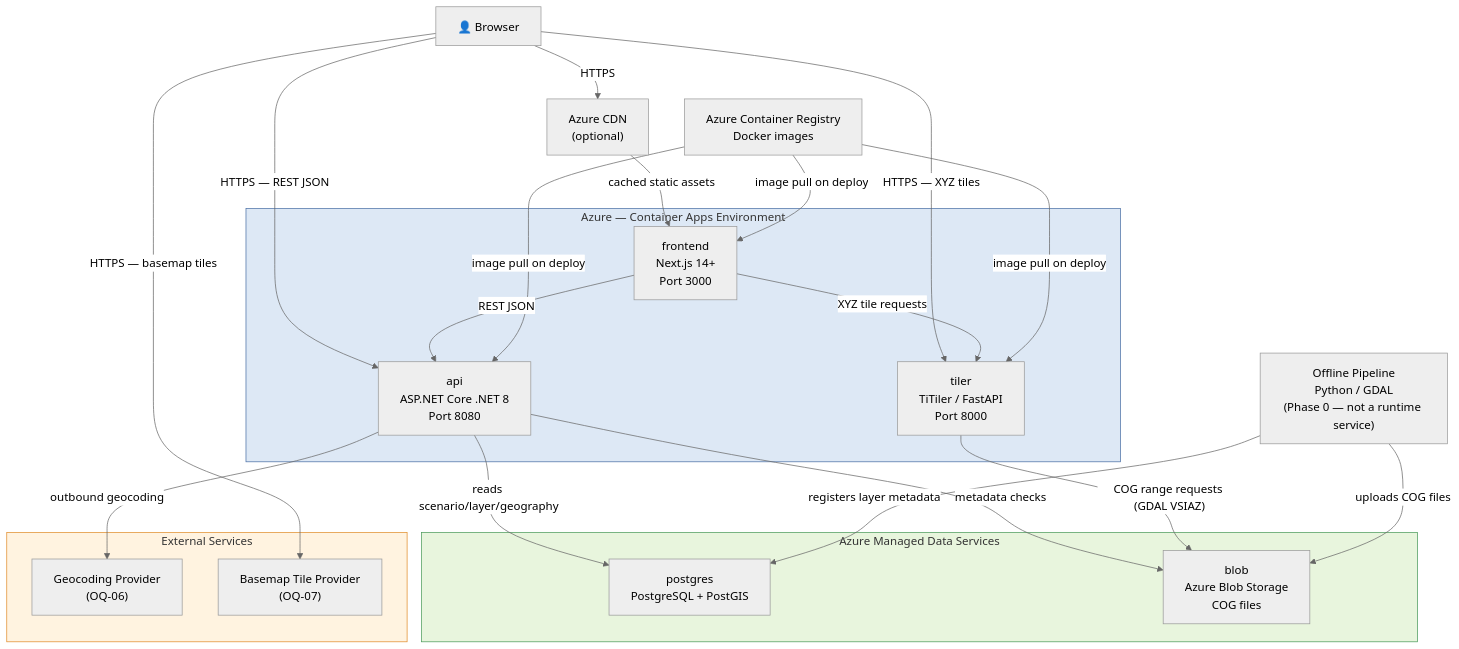
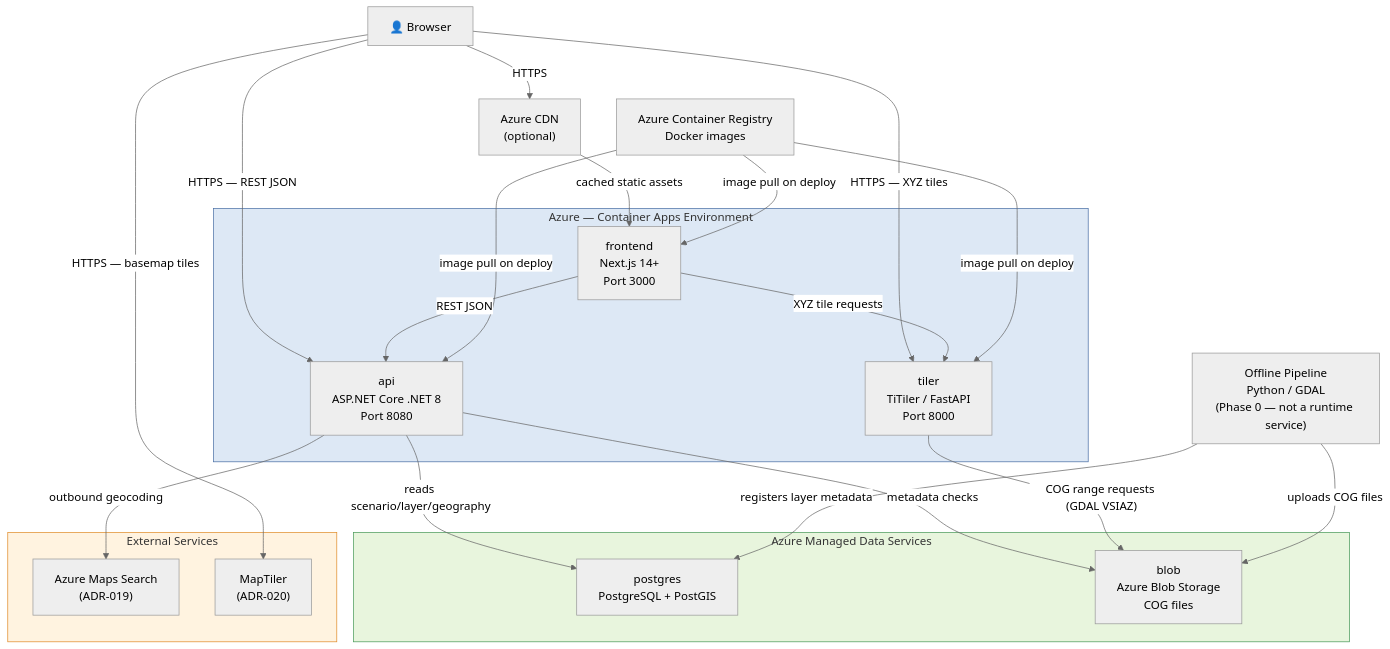
The diagram in docs/architecture/02-container-view.md (artemsemdev/SeaRise-Europe), drawn with Mermaid (neutral theme) before and after one commit. The commit also changed other lines of this file and 20 other files, not shown here.

````diff
--- a/docs/architecture/02-container-view.md
+++ b/docs/architecture/02-container-view.md
@@ -33,45 +33,45 @@
 ```mermaid
 graph TD
     User["👤 Browser"]
 
     subgraph Azure["Azure — Container Apps Environment"]
         FE["frontend\nNext.js 14+\nPort 3000"]
         API["api\nASP.NET Core .NET 8\nPort 8080"]
         Tiler["tiler\nTiTiler / FastAPI\nPort 8000"]
     end
 
     subgraph DataServices["Azure Managed Data Services"]
         PG["postgres\nPostgreSQL + PostGIS"]
         Blob["blob\nAzure Blob Storage\nCOG files"]
     end
 
     subgraph External["External Services"]
-        Geocoder["Geocoding Provider\n(OQ-06)"]
-        Basemap["Basemap Tile Provider\n(OQ-07)"]
+        Geocoder["Azure Maps Search\n(ADR-019)"]
+        Basemap["MapTiler\n(ADR-020)"]
     end
 
     CDN["Azure CDN\n(optional)"]
     Registry["Azure Container Registry\nDocker images"]
     Pipeline["Offline Pipeline\nPython / GDAL\n(Phase 0 — not a runtime service)"]
 
     User -->|"HTTPS"| CDN
     CDN -->|"cached static assets"| FE
     User -->|"HTTPS — REST JSON"| API
     User -->|"HTTPS — XYZ tiles"| Tiler
     User -->|"HTTPS — basemap tiles"| Basemap
     FE -->|"REST JSON"| API
     FE -->|"XYZ tile requests"| Tiler
     API -->|"outbound geocoding"| Geocoder
     API -->|"reads scenario/layer/geography"| PG
     API -->|"metadata checks"| Blob
     Tiler -->|"COG range requests (GDAL VSIAZ)"| Blob
     Registry -->|"image pull on deploy"| FE
     Registry -->|"image pull on deploy"| API
     Registry -->|"image pull on deploy"| Tiler
     Pipeline -->|"uploads COG files"| Blob
     Pipeline -->|"registers layer metadata"| PG
 
     style Azure fill:#dde8f5,stroke:#4a6fa5
     style DataServices fill:#e8f5dd,stroke:#4a9a5a
     style External fill:#fff3e0,stroke:#e08c2a
 ```
````
